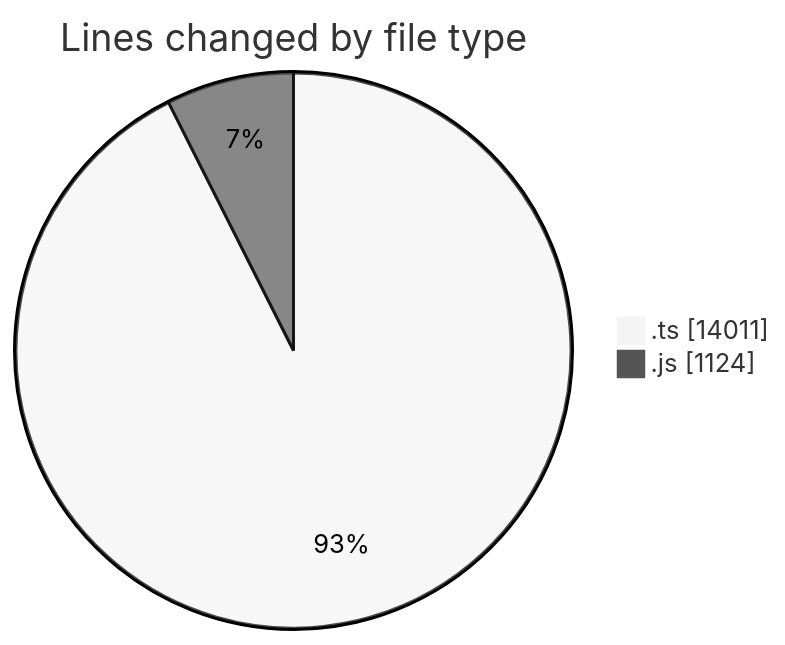
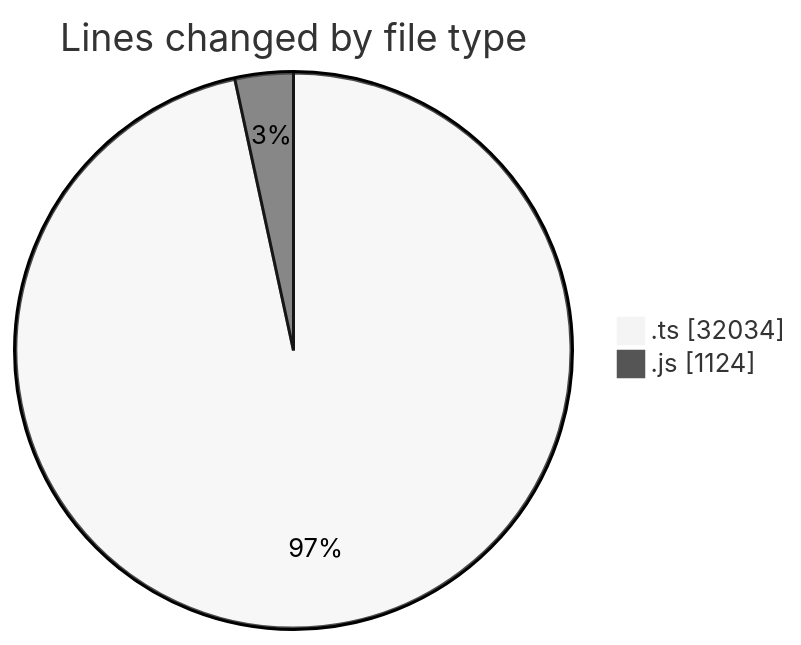
Before and after one commit to momahboobian/code-tracking: the first of 2 diagrams in 2026-10-23/cda/README.md, drawn with Mermaid (neutral theme). The commit also changed other lines of this file and 1 other file, not shown here.

````diff
--- a/2026-10-23/cda/README.md
+++ b/2026-10-23/cda/README.md
@@ -29,6 +30,6 @@
 ```mermaid
 pie showData
 title Lines changed by file type
-".ts" : 14011
+".ts" : 32034
 ".js" : 1124
 ```
````
